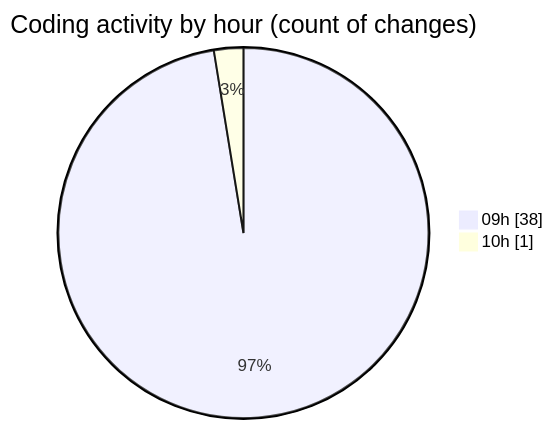
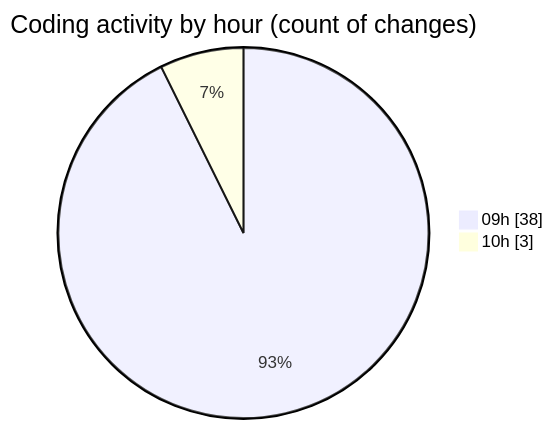
Before and after one commit to momahboobian/code-tracking: the second of 2 diagrams in 2026-07-27/cda/README.md, drawn with Mermaid. The commit also changed other lines of this file and 1 other file, not shown here.

````diff
--- a/2026-07-27/cda/README.md
+++ b/2026-07-27/cda/README.md
@@ -38,6 +40,6 @@
 ```mermaid
 pie showData
 title Coding activity by hour (count of changes)
 "09h" : 38
-"10h" : 1
+"10h" : 3
 ```
````
